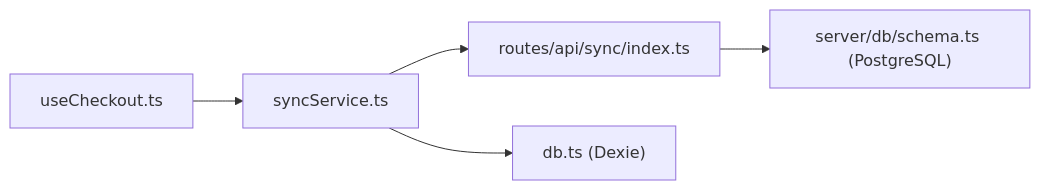
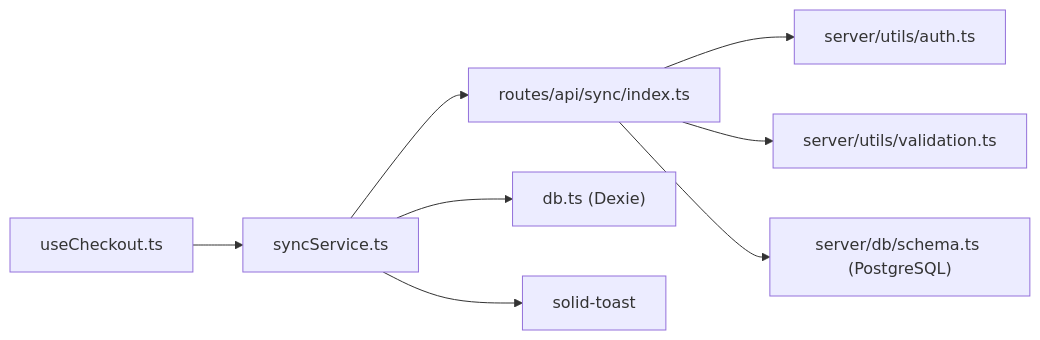
One commit to riod94/ngepos changed the seventh of 7 diagrams in .qoder/repowiki/en/content/Utility Libraries/Synchronization Service.md. Above: the diagram before and after it, drawn with Mermaid. The commit also changed other lines of this file and 51 other files, not shown here.

````diff
--- a/.qoder/repowiki/en/content/Utility Libraries/Synchronization Service.md
+++ b/.qoder/repowiki/en/content/Utility Libraries/Synchronization Service.md
@@ -275,7 +428,10 @@
 ```mermaid
 graph LR
 UC["useCheckout.ts"] --> SC["syncService.ts"]
 SC --> API["routes/api/sync/index.ts"]
 SC --> DB["db.ts (Dexie)"]
+SC --> TOAST["solid-toast"]
+API --> AUTH["server/utils/auth.ts"]
+API --> VALID["server/utils/validation.ts"]
 API --> PG["server/db/schema.ts (PostgreSQL)"]
 ```
````
